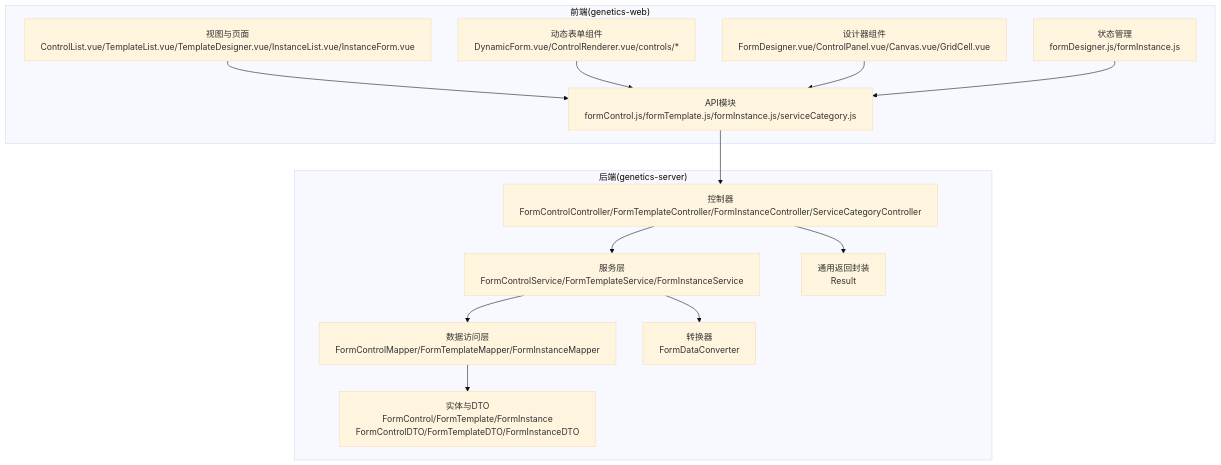
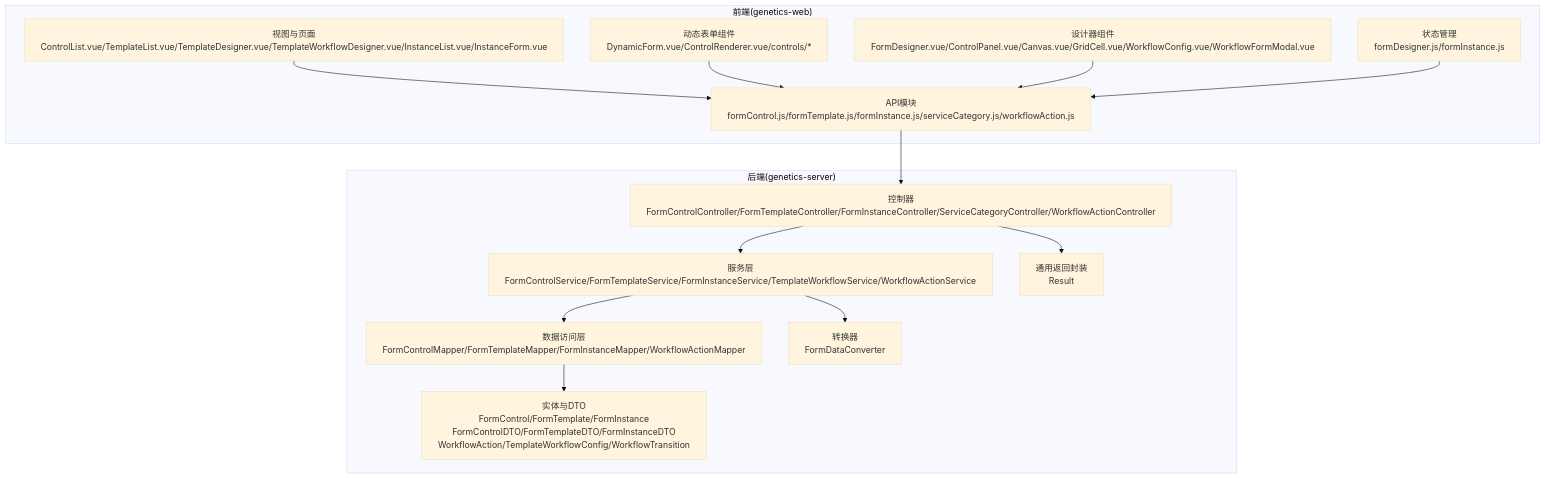
Before and after one commit to NJMrLi/genetics: the first of 5 diagrams in .qoder/repowiki/zh/content/API接口文档/服务单模板API.md, drawn with Mermaid (base theme). The commit also changed other lines of this file and 21 other files, not shown here.

````diff
--- a/.qoder/repowiki/zh/content/API接口文档/服务单模板API.md
+++ b/.qoder/repowiki/zh/content/API接口文档/服务单模板API.md
@@ -33,26 +48,26 @@
 ```mermaid
 graph TB
 subgraph "后端(genetics-server)"
-A["控制器<br/>FormControlController/FormTemplateController/FormInstanceController/ServiceCategoryController"]
-B["服务层<br/>FormControlService/FormTemplateService/FormInstanceService"]
-C["数据访问层<br/>FormControlMapper/FormTemplateMapper/FormInstanceMapper"]
-D["实体与DTO<br/>FormControl/FormTemplate/FormInstance<br/>FormControlDTO/FormTemplateDTO/FormInstanceDTO"]
+A["控制器<br/>FormControlController/FormTemplateController/FormInstanceController/ServiceCategoryController/WorkflowActionController"]
+B["服务层<br/>FormControlService/FormTemplateService/FormInstanceService/TemplateWorkflowService/WorkflowActionService"]
+C["数据访问层<br/>FormControlMapper/FormTemplateMapper/FormInstanceMapper/WorkflowActionMapper"]
+D["实体与DTO<br/>FormControl/FormTemplate/FormInstance<br/>FormControlDTO/FormTemplateDTO/FormInstanceDTO<br/>WorkflowAction/TemplateWorkflowConfig/WorkflowTransition"]
 E["转换器<br/>FormDataConverter"]
 F["通用返回封装<br/>Result"]
 end
 subgraph "前端(genetics-web)"
-G["API模块<br/>formControl.js/formTemplate.js/formInstance.js/serviceCategory.js"]
-H["视图与页面<br/>ControlList.vue/TemplateList.vue/TemplateDesigner.vue/InstanceList.vue/InstanceForm.vue"]
+G["API模块<br/>formControl.js/formTemplate.js/formInstance.js/serviceCategory.js/workflowAction.js"]
+H["视图与页面<br/>ControlList.vue/TemplateList.vue/TemplateDesigner.vue/TemplateWorkflowDesigner.vue/InstanceList.vue/InstanceForm.vue"]
 I["动态表单组件<br/>DynamicForm.vue/ControlRenderer.vue/controls/*"]
-J["设计器组件<br/>FormDesigner.vue/ControlPanel.vue/Canvas.vue/GridCell.vue"]
+J["设计器组件<br/>FormDesigner.vue/ControlPanel.vue/Canvas.vue/GridCell.vue/WorkflowConfig.vue/WorkflowFormModal.vue"]
 K["状态管理<br/>formDesigner.js/formInstance.js"]
 end
 A --> B --> C --> D
 B --> E
 A --> F
 G --> A
 H --> G
 I --> G
 J --> G
 K --> G
 ```
````
